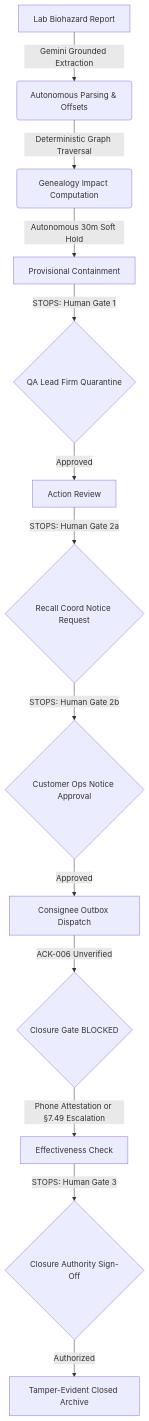
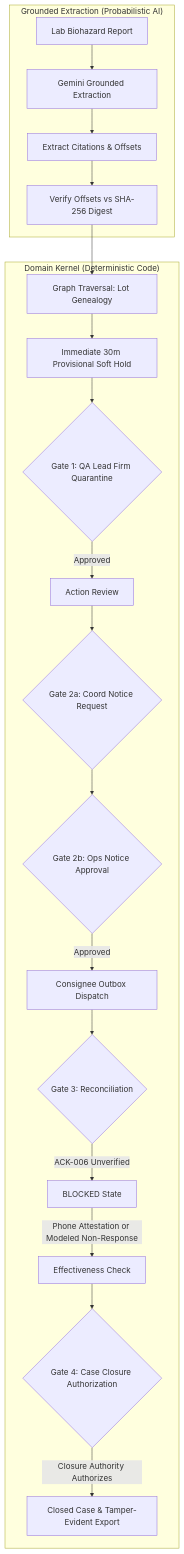
Before and after one commit to ryuzaki1709/Lot-Zero: the diagram in README.md, drawn with Mermaid. The commit also changed other lines of this file and 20 other files, not shown here.

````diff
--- a/README.md
+++ b/README.md
@@ -41,15 +40,23 @@
 ```mermaid
-graph TD
-    A[Lab Biohazard Report] -->|Gemini Grounded Extraction| B(Autonomous Parsing & Offsets)
-    B -->|Deterministic Graph Traversal| C(Genealogy Impact Computation)
-    C -->|Autonomous 30m Soft Hold| D[Provisional Containment]
-    D -->|STOPS: Human Gate 1| E{QA Lead Firm Quarantine}
-    E -->|Approved| F[Action Review]
-    F -->|STOPS: Human Gate 2a| G{Recall Coord Notice Request}
-    G -->|STOPS: Human Gate 2b| H{Customer Ops Notice Approval}
-    H -->|Approved| I[Consignee Outbox Dispatch]
-    I -->|ACK-006 Unverified| J{Closure Gate BLOCKED}
-    J -->|Phone Attestation or §7.49 Escalation| K[Effectiveness Check]
-    K -->|STOPS: Human Gate 3| L{Closure Authority Sign-Off}
-    L -->|Authorized| M[Tamper-Evident Closed Archive]
+flowchart TD
+    subgraph AI["Grounded Extraction (Probabilistic AI)"]
+        A["Lab Biohazard Report"] --> B["Gemini Grounded Extraction"]
+        B --> C["Extract Citations & Offsets"]
+        C --> D["Verify Offsets vs SHA-256 Digest"]
+    end
+
+    subgraph Kernel["Domain Kernel (Deterministic Code)"]
+        D --> E["Graph Traversal: Lot Genealogy"]
+        E --> F["Immediate 30m Provisional Soft Hold"]
+        F --> G{"Gate 1: QA Lead Firm Quarantine"}
+        G -->|Approved| H["Action Review"]
+        H --> I{"Gate 2a: Coord Notice Request"}
+        I --> J{"Gate 2b: Ops Notice Approval"}
+        J -->|Approved| K["Consignee Outbox Dispatch"]
+        K --> L{"Gate 3: Reconciliation"}
+        L -->|ACK-006 Unverified| M["BLOCKED State"]
+        M -->|Phone Attestation or Modeled Non-Response| N["Effectiveness Check"]
+        N --> O{"Gate 4: Case Closure Authorization"}
+        O -->|Closure Authority Authorizes| P["Closed Case & Tamper-Evident Export"]
+    end
 ```
````
